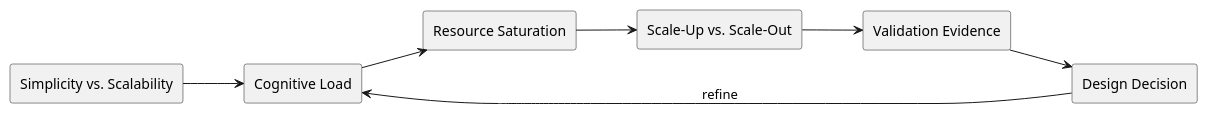
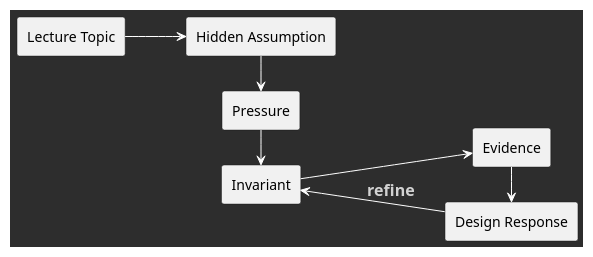
One commit to madajaju/CS5254 changed the first of 10 diagrams in doc/lectures/week7/simplicity_vs_scalability/README.slides.adoc. Above: the diagram before and after it, drawn with PlantUML. The commit also changed other lines of this file and 44 other files, not shown here.

```diff
--- a/doc/lectures/week7/simplicity_vs_scalability/README.slides.adoc
+++ b/doc/lectures/week7/simplicity_vs_scalability/README.slides.adoc
@@ -59,22 +5,31 @@
-[plantuml, target=architecture, format=svg, width=80%]
+[plantuml,width=100%]
 ----
 @startuml
 skinparam monochrome true
 skinparam shadowing false
+skinparam backgroundColor #123456
+skinparam defaultFontColor black
+skinparam ArrowColor white
+skinparam ArrowFontColor #ffd166
+skinparam ArrowFontStyle bold
+skinparam ArrowFontSize 16
+skinparam BoxBackgroundColor white
+skinparam BoxFontColor black
+skinparam BorderColor #123456
 left to right direction
 
-rectangle "Simplicity vs. Scalability" as Topic
-rectangle "Cognitive Load" as A
-rectangle "Resource Saturation" as B
-rectangle "Scale-Up vs. Scale-Out" as C
-rectangle "Validation Evidence" as V
-rectangle "Design Decision" as D
+rectangle "Lecture Topic" as Topic
+rectangle "Hidden Assumption" as A
+rectangle "Pressure" as P
+rectangle "Invariant" as I
+rectangle "Evidence" as E
+rectangle "Design Response" as D
 
 Topic --> A
-A --> B
-B --> C
-C --> V
-V --> D
-D --> A : refine
+A -> P
+P -> I
+I --> E
+E -> D
+D --> I : refine
 @enduml
 ----
```
